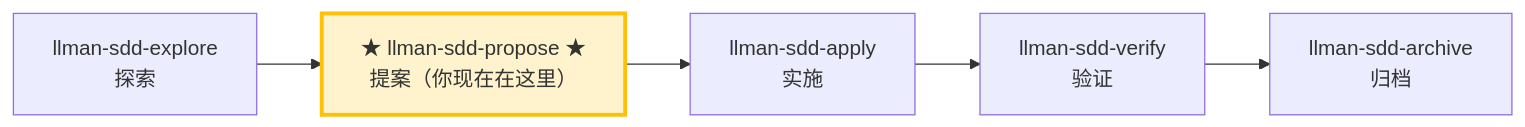
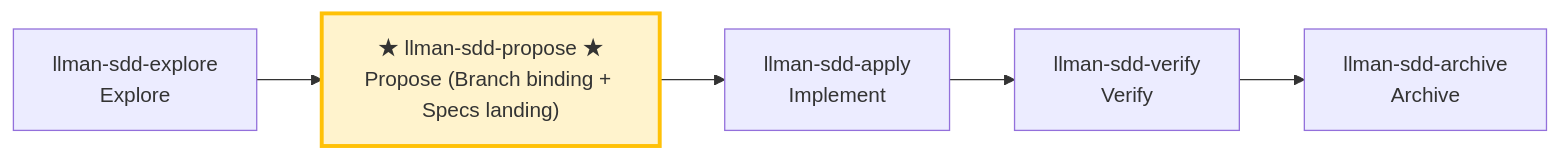
Before and after one commit to StrayDragon/lspz: the second of 2 diagrams in .agents/skills/llman-sdd-propose/SKILL.md, drawn with Mermaid. The commit also changed other lines of this file and 38 other files, not shown here.

Commit message:
chore(sdd): migrate to single-track feature-as-spec (llman 0.0.68)

````diff
--- a/.agents/skills/llman-sdd-propose/SKILL.md
+++ b/.agents/skills/llman-sdd-propose/SKILL.md
@@ -19,10 +58,10 @@
 ```mermaid
 flowchart LR
-    explore["llman-sdd-explore<br/>探索"] --> propose
-    propose["★ llman-sdd-propose ★<br/>提案（你现在在这里）"]
-    propose --> apply["llman-sdd-apply<br/>实施"]
-    apply --> verify["llman-sdd-verify<br/>验证"]
-    verify --> archive["llman-sdd-archive<br/>归档"]
+    explore["llman-sdd-explore<br/>Explore"] --> propose
+    propose["★ llman-sdd-propose ★<br/>Propose (Branch binding + Specs landing)"]
+    propose --> apply["llman-sdd-apply<br/>Implement"]
+    apply --> verify["llman-sdd-verify<br/>Verify"]
+    verify --> archive["llman-sdd-archive<br/>Archive"]
 
     style propose fill:#fff3cd,stroke:#ffc107,stroke-width:3px
 ```
````
